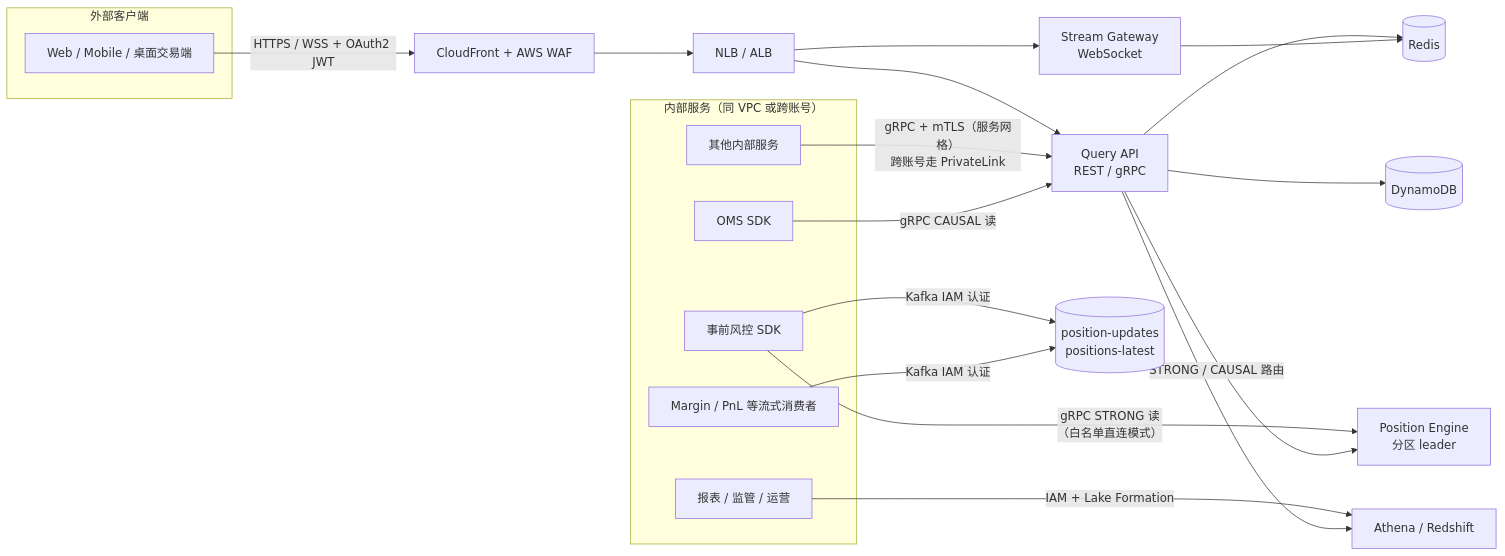
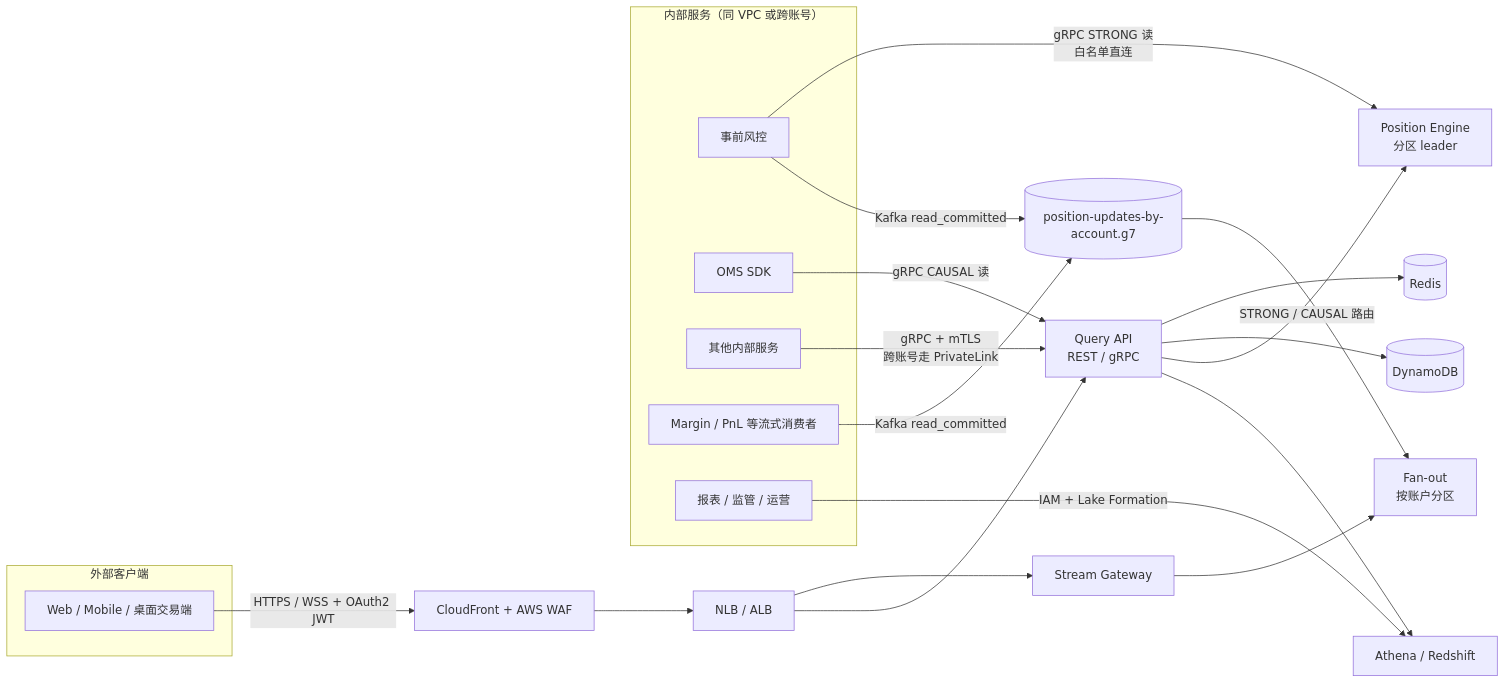
One commit to Obscurepawn/TradingSystemLearning changed the fifth of 9 diagrams in system_design/distributed_account_service.md. Above: the diagram before and after it, drawn with Mermaid. The commit also changed other lines of this file, not shown here.

````diff
--- a/system_design/distributed_account_service.md
+++ b/system_design/distributed_account_service.md
@@ -654,31 +868,32 @@
 ```mermaid
 flowchart LR
     subgraph EXT["外部客户端"]
         WEB["Web / Mobile / 桌面交易端"]
     end
     subgraph INT["内部服务（同 VPC 或跨账号）"]
-        RISK["事前风控 SDK"]
+        RISK["事前风控"]
         OMSC["OMS SDK"]
         SVC["其他内部服务"]
         STREAMC["Margin / PnL 等流式消费者"]
         BI["报表 / 监管 / 运营"]
     end
 
     WEB -->|"HTTPS / WSS + OAuth2 JWT"| EDGE["CloudFront + AWS WAF"]
     EDGE --> NLB1["NLB / ALB"]
-    NLB1 --> WSG["Stream Gateway<br/>WebSocket"]
+    NLB1 --> WSG["Stream Gateway"]
     NLB1 --> QAPI["Query API<br/>REST / gRPC"]
+    WSG --> FAN["Fan-out<br/>按账户分区"]
 
-    SVC -->|"gRPC + mTLS（服务网格）<br/>跨账号走 PrivateLink"| QAPI
+    SVC -->|"gRPC + mTLS<br/>跨账号走 PrivateLink"| QAPI
     OMSC -->|"gRPC CAUSAL 读"| QAPI
-    RISK -->|"gRPC STRONG 读<br/>（白名单直连模式）"| ENG["Position Engine<br/>分区 leader"]
-    RISK -->|"Kafka IAM 认证"| MSK[("position-updates<br/>positions-latest")]
-    STREAMC -->|"Kafka IAM 认证"| MSK
+    RISK -->|"gRPC STRONG 读<br/>白名单直连"| ENG["Position Engine<br/>分区 leader"]
+    RISK -->|"Kafka read_committed"| MSK[("position-updates-by-account.g7")]
+    STREAMC -->|"Kafka read_committed"| MSK
     BI -->|"IAM + Lake Formation"| ATH["Athena / Redshift"]
 
     QAPI --> REDIS[("Redis")]
     QAPI --> DDB[("DynamoDB")]
     QAPI -->|"STRONG / CAUSAL 路由"| ENG
     QAPI --> ATH
-    WSG --> REDIS
+    MSK --> FAN
 ```
````
